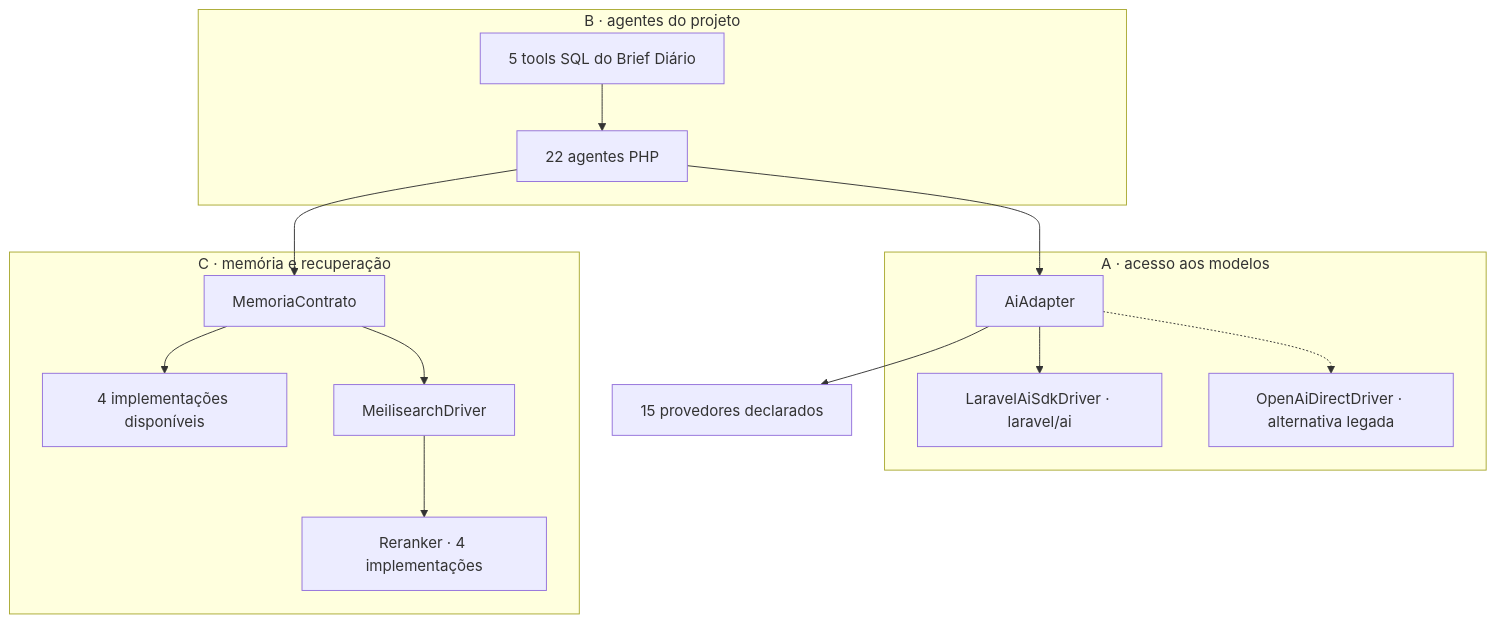
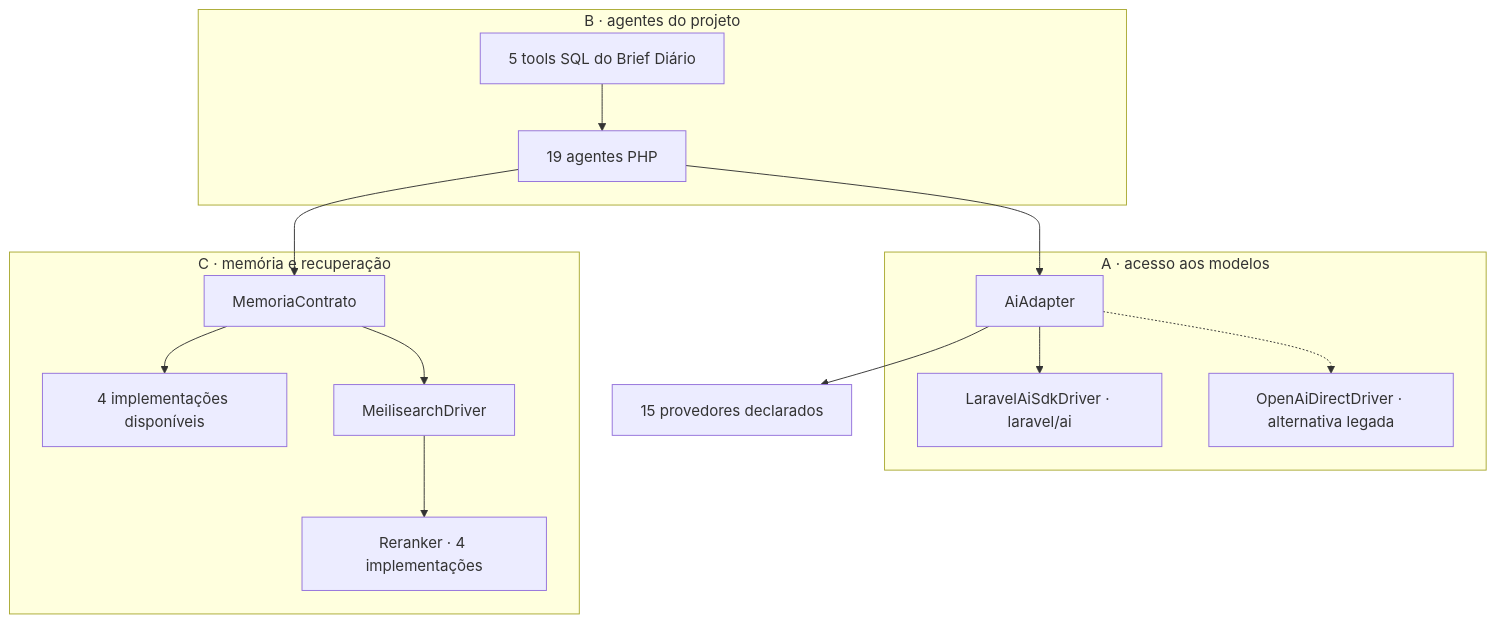
The second of 5 diagrams in memory/requisitos/Jana/ARCHITECTURE.md (wagnerra23/oimpresso.com), drawn with Mermaid before and after one commit. The commit also changed other lines of this file and 5 other files, not shown here.

````diff
--- a/memory/requisitos/Jana/ARCHITECTURE.md
+++ b/memory/requisitos/Jana/ARCHITECTURE.md
@@ -55,25 +55,25 @@
 ```mermaid
 flowchart TB
   subgraph B["B · agentes do projeto"]
-    AG["22 agentes PHP"]
+    AG["19 agentes PHP"]
     DATA["5 tools SQL do Brief Diário"]
     DATA --> AG
   end
   subgraph A["A · acesso aos modelos"]
     CONTRACT["AiAdapter"]
     SDK["LaravelAiSdkDriver · laravel/ai"]
     LEGACY["OpenAiDirectDriver · alternativa legada"]
     CONTRACT --> SDK
     CONTRACT -.-> LEGACY
   end
   subgraph C["C · memória e recuperação"]
     MEMORY["MemoriaContrato"]
     MEMIMPL["4 implementações disponíveis"]
     SEARCH["MeilisearchDriver"]
     RERANK["Reranker · 4 implementações"]
     MEMORY --> MEMIMPL
     MEMORY --> SEARCH --> RERANK
   end
   AG --> CONTRACT --> PROVIDERS["15 provedores declarados"]
   AG --> MEMORY
 ```
````
